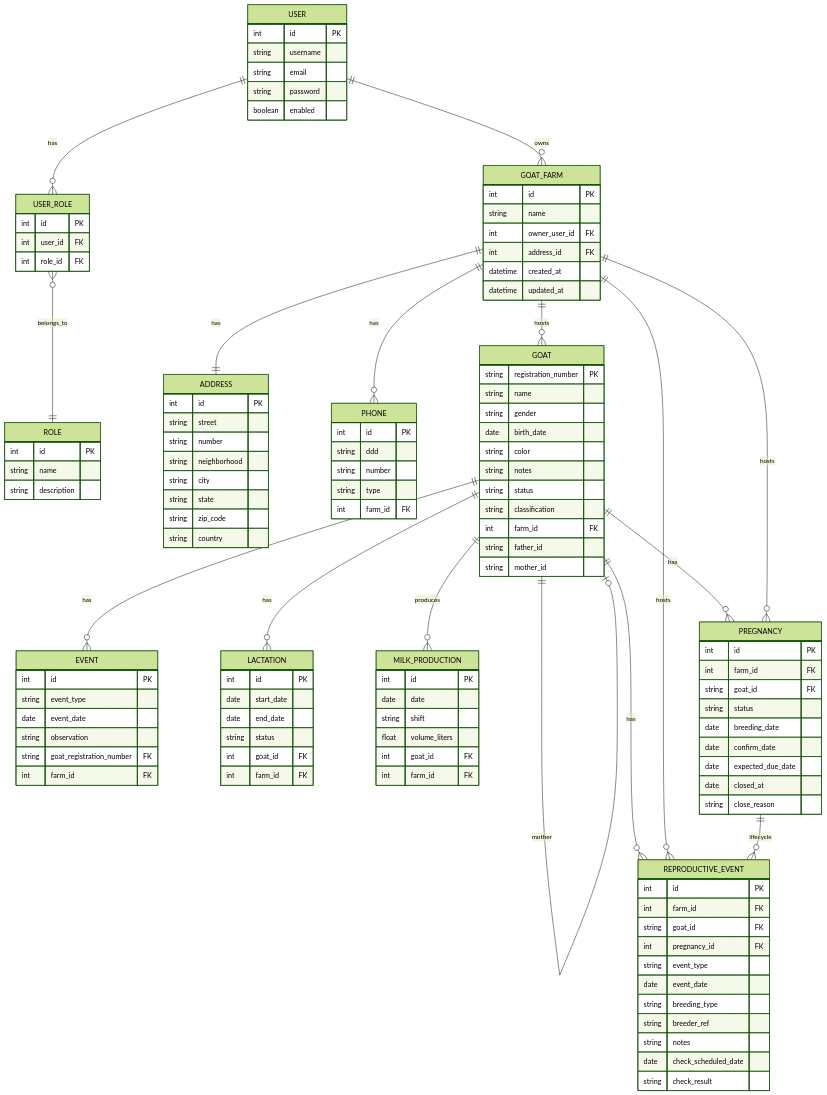
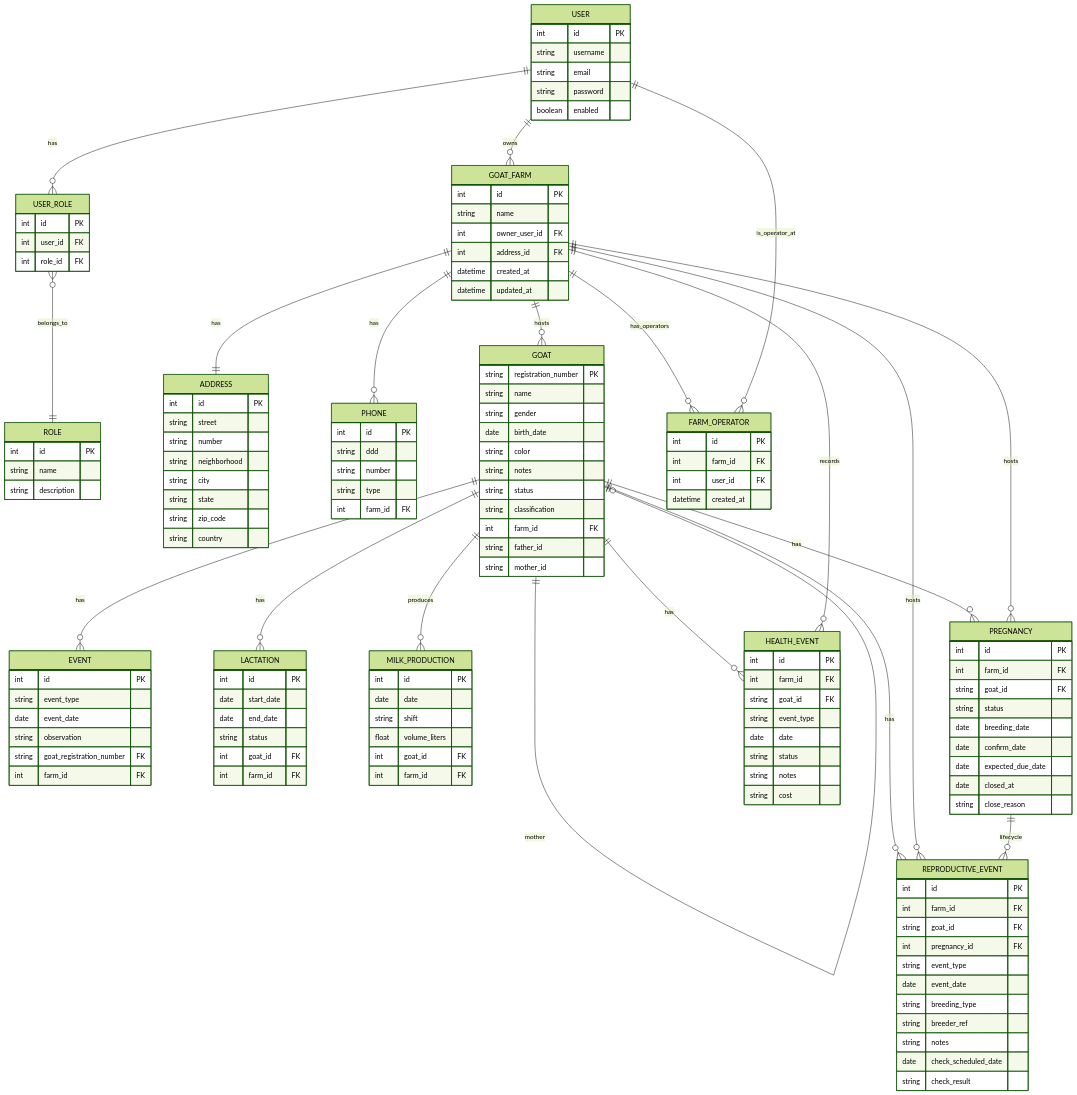
One commit to AlbertoVilar/caprigestor-backend changed the first of 2 diagrams in README.md. Above: the diagram before and after it, drawn with Mermaid (forest theme). The commit also changed other lines of this file, not shown here.

Commit message:
docs(readme): update health module, security roles and ER diagram

````diff
--- a/README.md
+++ b/README.md
@@ -331,9 +345,32 @@
     string check_result
   }
 
+  FARM_OPERATOR {
+    int id PK
+    int farm_id FK
+    int user_id FK
+    datetime created_at
+  }
+
+  HEALTH_EVENT {
+    int id PK
+    int farm_id FK
+    string goat_id FK
+    string event_type
+    date date
+    string status
+    string notes
+    string cost
+  }
+
   GOAT ||--o{ PREGNANCY : has
   GOAT ||--o{ REPRODUCTIVE_EVENT : has
   GOAT_FARM ||--o{ PREGNANCY : hosts
   GOAT_FARM ||--o{ REPRODUCTIVE_EVENT : hosts
   PREGNANCY ||--o{ REPRODUCTIVE_EVENT : lifecycle
+  
+  GOAT_FARM ||--o{ FARM_OPERATOR : has_operators
+  USER ||--o{ FARM_OPERATOR : is_operator_at
+  GOAT ||--o{ HEALTH_EVENT : has
+  GOAT_FARM ||--o{ HEALTH_EVENT : records
 ```
````
